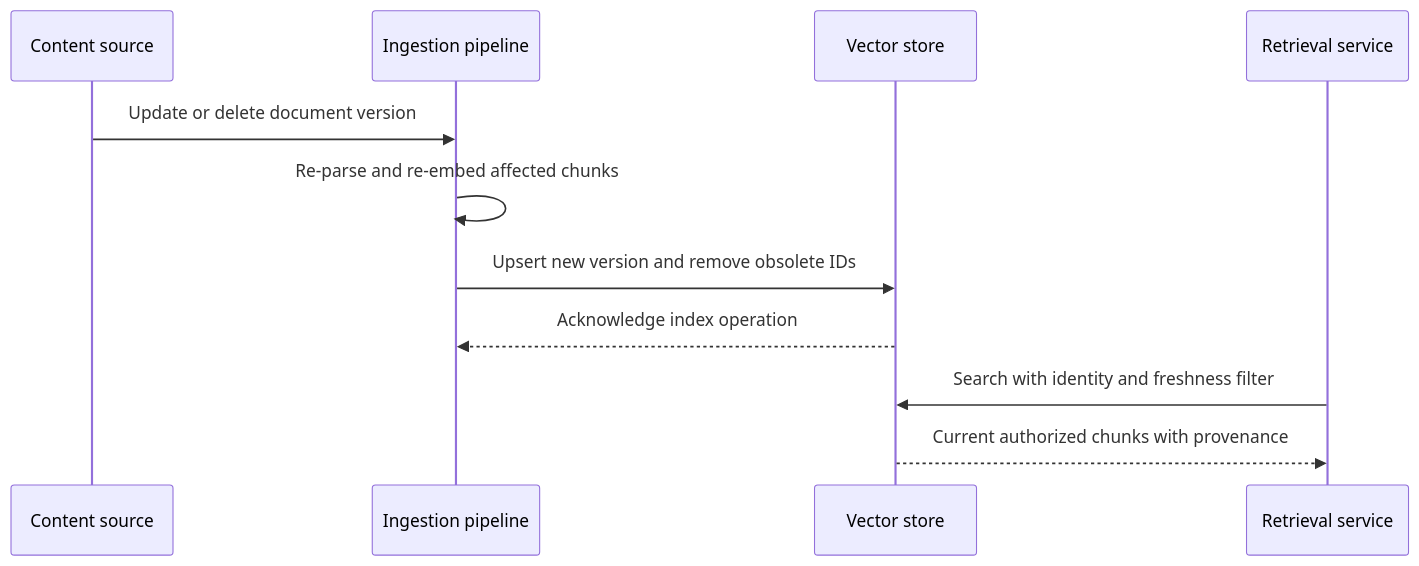
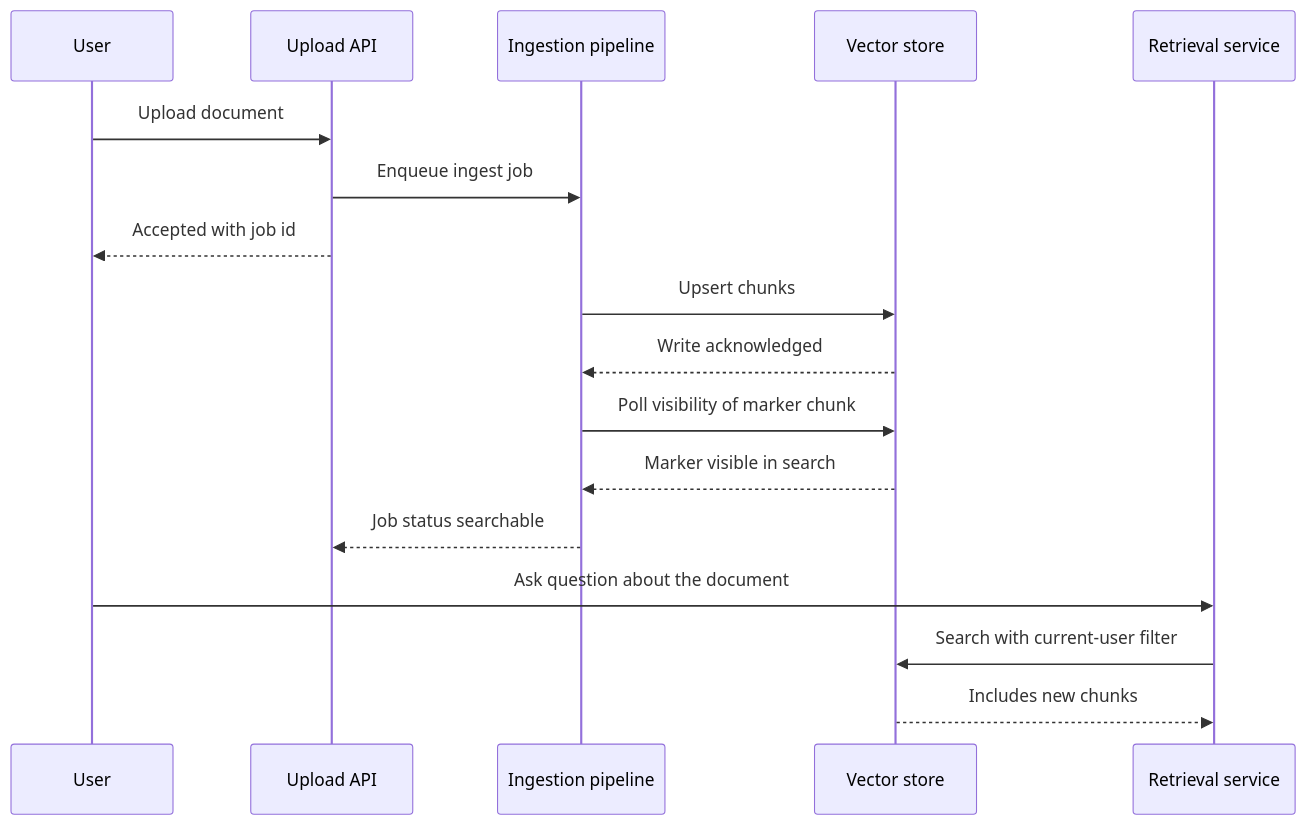
One commit to joydasss/Architect changed diagram 11 of 16 in 16_AI_and_GenAI/CH26_Vector_Databases_for_AI_Retrieval.md. Above: the diagram before and after it, drawn with Mermaid. The commit also changed other lines of this file and 295 other files, not shown here.

````diff
--- a/16_AI_and_GenAI/CH26_Vector_Databases_for_AI_Retrieval.md
+++ b/16_AI_and_GenAI/CH26_Vector_Databases_for_AI_Retrieval.md
@@ -50,13 +821,19 @@
 ```mermaid
 sequenceDiagram
-    participant Source as Content source
-    participant Pipeline as Ingestion pipeline
-    participant Store as Vector store
-    participant Query as Retrieval service
-    Source->>Pipeline: Update or delete document version
-    Pipeline->>Pipeline: Re-parse and re-embed affected chunks
-    Pipeline->>Store: Upsert new version and remove obsolete IDs
-    Store-->>Pipeline: Acknowledge index operation
-    Query->>Store: Search with identity and freshness filter
-    Store-->>Query: Current authorized chunks with provenance
+    participant U as User
+    participant API as Upload API
+    participant P as Ingestion pipeline
+    participant S as Vector store
+    participant R as Retrieval service
+    U->>API: Upload document
+    API->>P: Enqueue ingest job
+    API-->>U: Accepted with job id
+    P->>S: Upsert chunks
+    S-->>P: Write acknowledged
+    P->>S: Poll visibility of marker chunk
+    S-->>P: Marker visible in search
+    P-->>API: Job status searchable
+    U->>R: Ask question about the document
+    R->>S: Search with current-user filter
+    S-->>R: Includes new chunks
 ```
````
